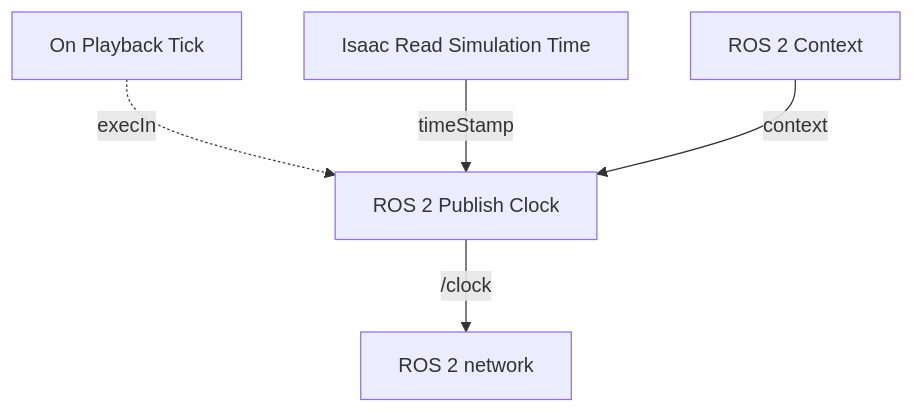
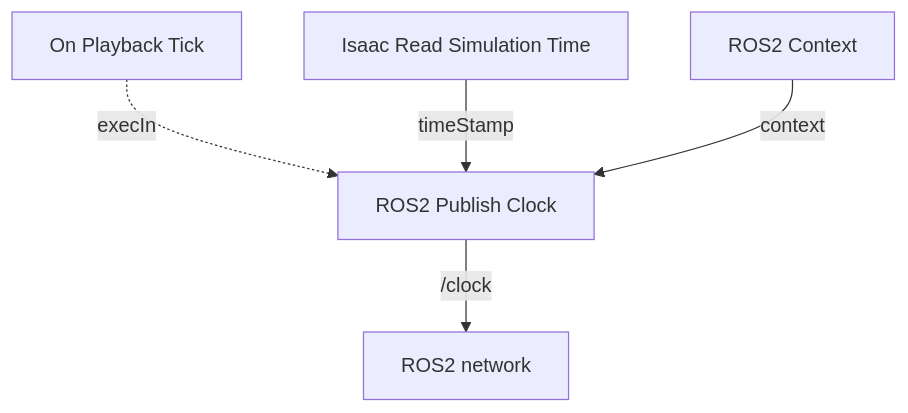
Before and after one commit to Tatwik19/Tatwik19.github.io: the second of 14 diagrams in _teaching/Robotics-Systems-I/labs/lab-03-isaac-sim/index.md, drawn with Mermaid. The commit also changed other lines of this file, not shown here.

````diff
--- a/_teaching/Robotics-Systems-I/labs/lab-03-isaac-sim/index.md
+++ b/_teaching/Robotics-Systems-I/labs/lab-03-isaac-sim/index.md
@@ -663,7 +677,7 @@
 ```mermaid
 flowchart TD
-    Tick["On Playback Tick"] -.->|"execIn"| Clock["ROS 2 Publish Clock"]
+    Tick["On Playback Tick"] -.->|"execIn"| Clock["ROS2 Publish Clock"]
     Time["Isaac Read Simulation Time"] -->|"timeStamp"| Clock
-    Context["ROS 2 Context"] -->|"context"| Clock
-    Clock -->|"/clock"| ROS["ROS 2 network"]
+    Context["ROS2 Context"] -->|"context"| Clock
+    Clock -->|"/clock"| ROS["ROS2 network"]
 ```
````
